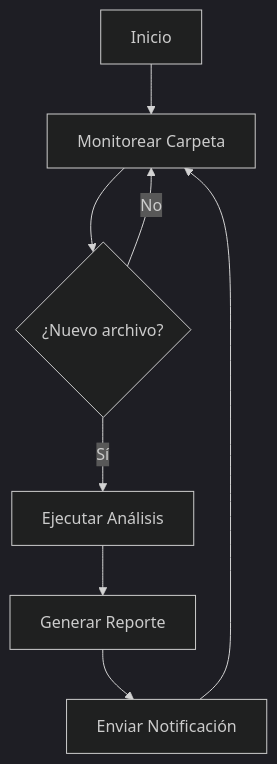
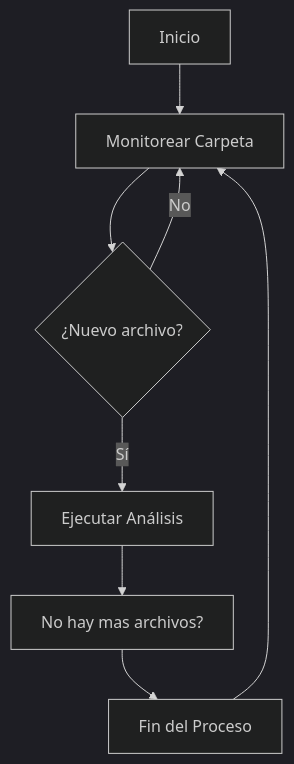
One commit to Shoshan-anjo/NOVALYTICS-BOT changed the diagram in README.md. Above: the diagram before and after it, drawn with Mermaid (dark theme).

````diff
--- a/README.md
+++ b/README.md
@@ -86,10 +86,10 @@
 ```mermaid
 graph TD
     A[Inicio] --> B[Monitorear Carpeta]
     B --> C{¿Nuevo archivo?}
     C -->|Sí| D[Ejecutar Análisis]
     C -->|No| B
-    D --> E[Generar Reporte]
-    E --> F[Enviar Notificación]
+    D --> E[No hay mas archivos?]
+    E --> F[Fin del Proceso]
     F --> B
 ```
````
